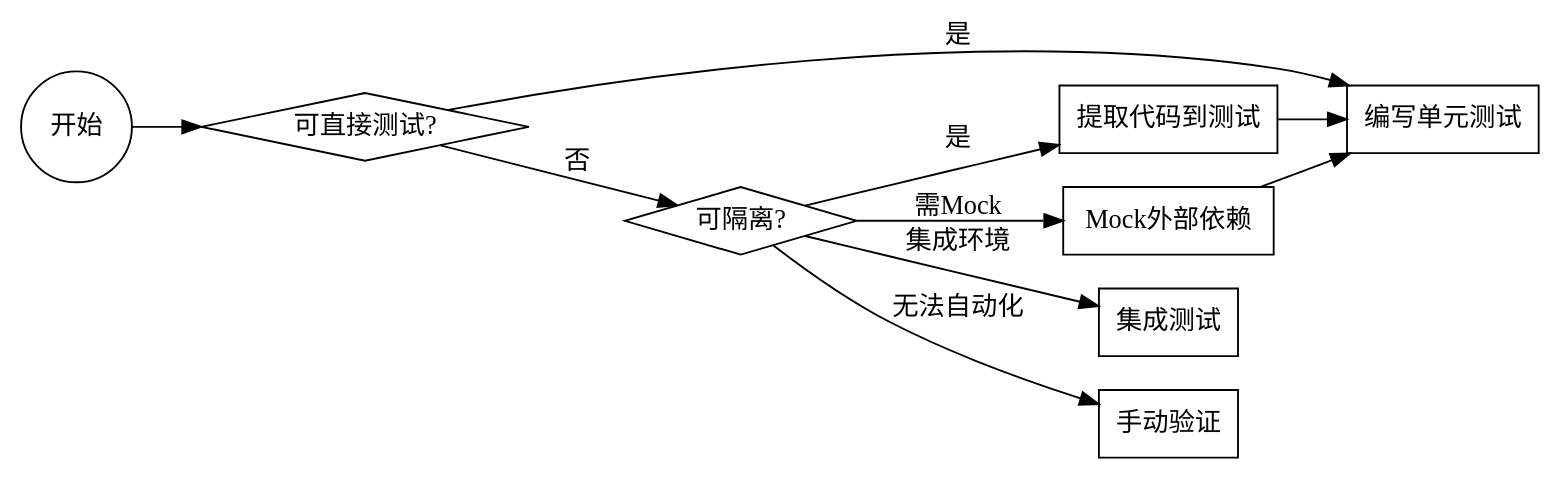
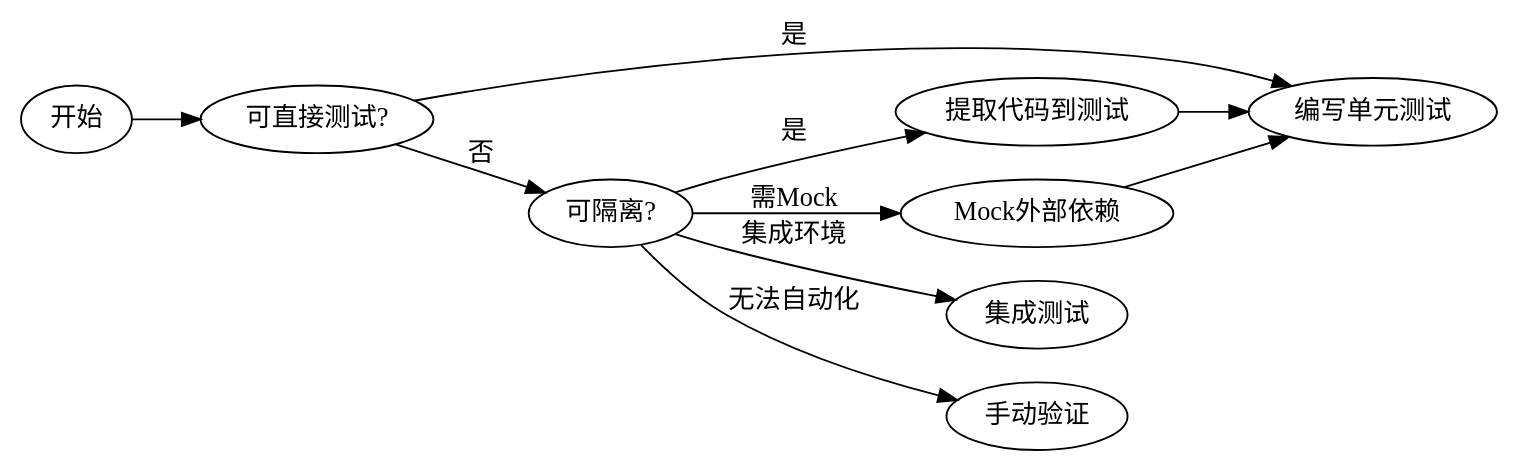
One commit to hellyguo/self-ai-spec changed the second of 2 diagrams in skills/code-part-modification/SKILL.md. Above: the diagram before and after it, drawn with Graphviz. The commit also changed other lines of this file and 84 other files, not shown here.

````diff
--- a/skills/code-part-modification/SKILL.md
+++ b/skills/code-part-modification/SKILL.md
@@ -226,24 +106,14 @@
 ```dot
 digraph test_strategy {
     rankdir=LR;
-    
-    "开始" [shape=circle];
-    "可直接测试?" [shape=diamond];
-    "编写单元测试" [shape=box];
-    "可隔离?" [shape=diamond];
-    "提取代码到测试" [shape=box];
-    "Mock外部依赖" [shape=box];
-    "集成测试" [shape=box];
-    "手动验证" [shape=box];
-    
     "开始" -> "可直接测试?";
     "可直接测试?" -> "编写单元测试" [label="是"];
     "可直接测试?" -> "可隔离?" [label="否"];
     "可隔离?" -> "提取代码到测试" [label="是"];
     "可隔离?" -> "Mock外部依赖" [label="需Mock"];
     "可隔离?" -> "集成测试" [label="集成环境"];
     "可隔离?" -> "手动验证" [label="无法自动化"];
     "提取代码到测试" -> "编写单元测试";
     "Mock外部依赖" -> "编写单元测试";
 }
 ```
````
